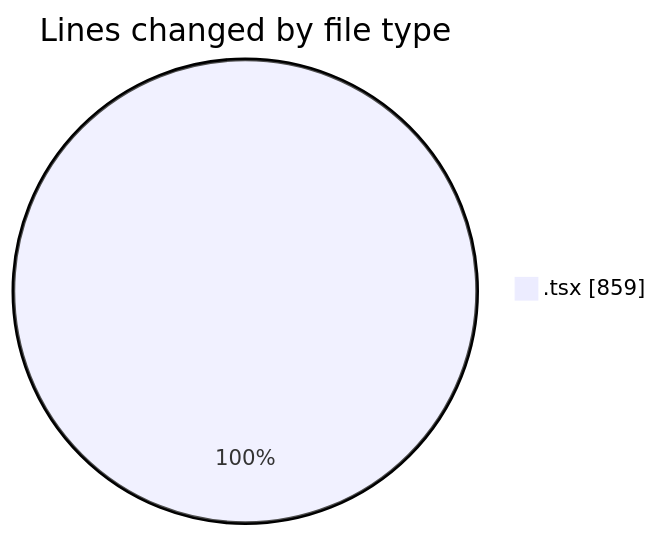
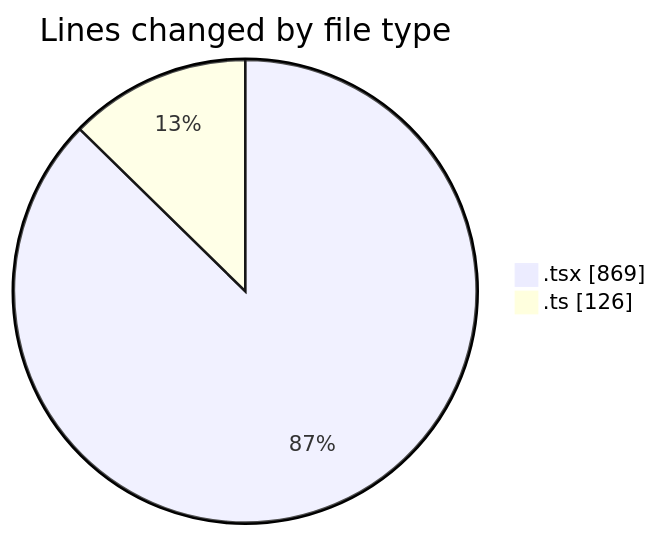
One commit to momahboobian/code-tracking changed the first of 2 diagrams in 2025-09-15/cda/README.md. Above: the diagram before and after it, drawn with Mermaid. The commit also changed other lines of this file and 1 other file, not shown here.

````diff
--- a/2025-09-15/cda/README.md
+++ b/2025-09-15/cda/README.md
@@ -21,5 +22,6 @@
 ```mermaid
 pie showData
 title Lines changed by file type
-".tsx" : 859
+".tsx" : 869
+".ts" : 126
 ```
````
